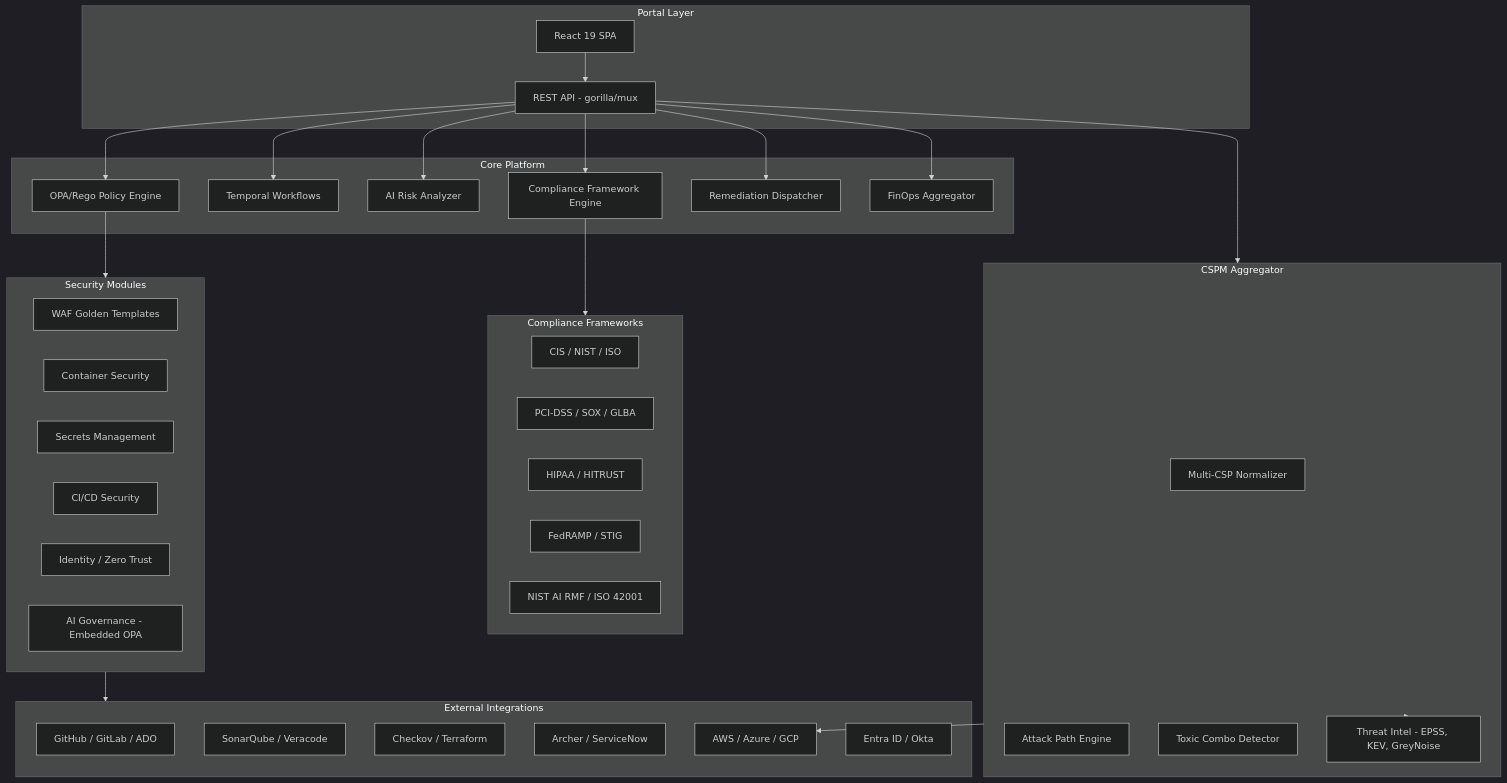
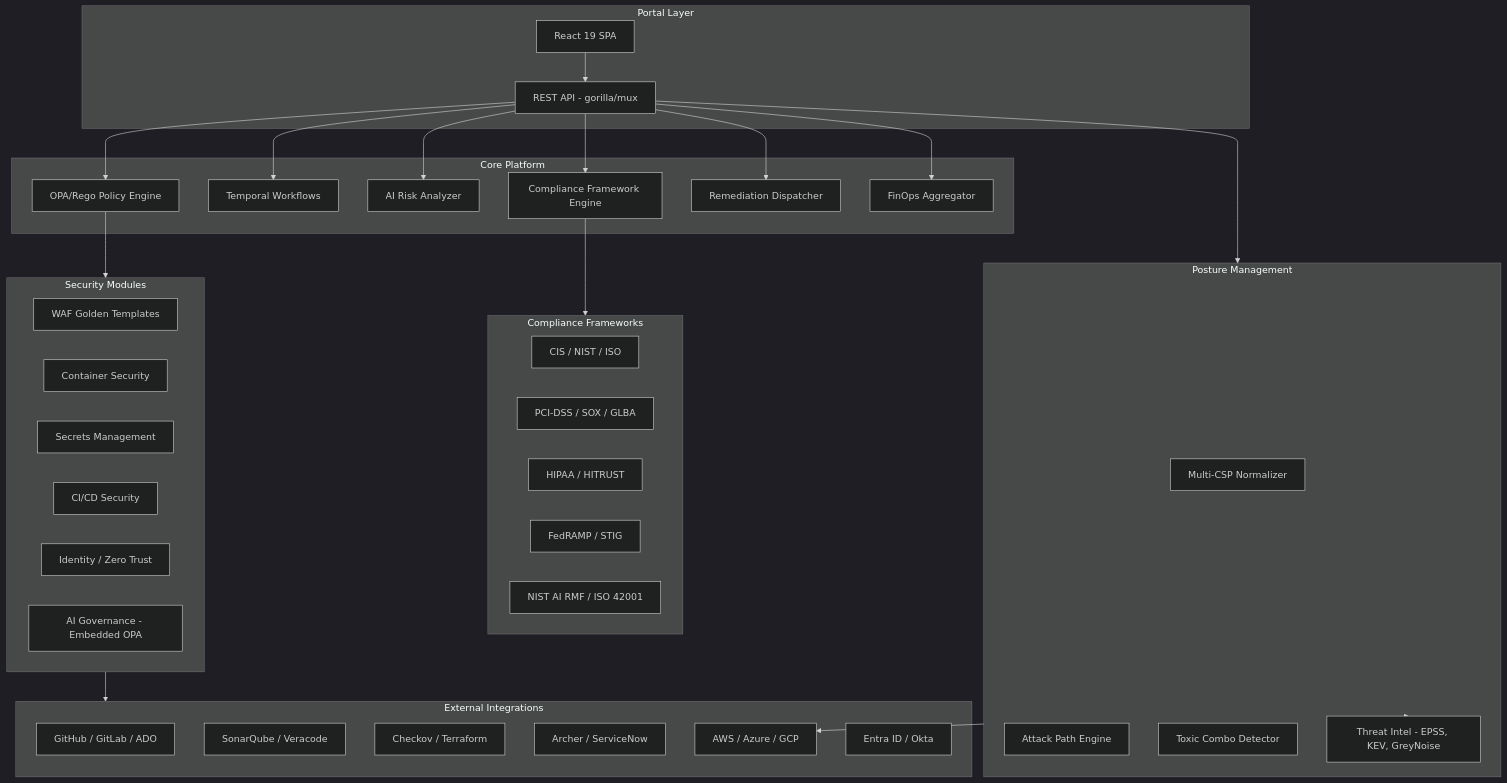
The first of 6 diagrams in docs/core/architecture/HLD.md (lvonguyen/cloudforge), drawn with Mermaid (dark theme) before and after one commit. The commit also changed other lines of this file and 14 other files, not shown here.

First line of the commit message:
docs: refresh stale docs, fix squished diagrams, enrich architecture docs

````diff
--- a/docs/core/architecture/HLD.md
+++ b/docs/core/architecture/HLD.md
@@ -54,64 +54,64 @@
 ```mermaid
 flowchart TB
     subgraph Portal["Portal Layer"]
         UI["React 19 SPA"]
         API["REST API - gorilla/mux"]
     end
 
     subgraph Core["Core Platform"]
         PolicyEngine["OPA/Rego Policy Engine"]
         Orchestration["Temporal Workflows"]
         AIAnalyzer["AI Risk Analyzer"]
         ComplianceEngine["Compliance Framework Engine"]
         RemediationEngine["Remediation Dispatcher"]
         FinOpsEngine["FinOps Aggregator"]
     end
 
-    subgraph CSPM["CSPM Aggregator"]
+    subgraph CSPM["Posture Management"]
         Normalizer["Multi-CSP Normalizer"]
         AttackPath["Attack Path Engine"]
         ToxicCombo["Toxic Combo Detector"]
         ThreatIntel["Threat Intel - EPSS, KEV, GreyNoise"]
     end
 
     subgraph Security["Security Modules"]
         WAF["WAF Golden Templates"]
         ContainerSec["Container Security"]
         SecretsMgmt["Secrets Management"]
         CICD["CI/CD Security"]
         Identity["Identity / Zero Trust"]
         AIGov["AI Governance - Embedded OPA"]
     end
 
     subgraph Integrations["External Integrations"]
         VCS["GitHub / GitLab / ADO"]
         SAST["SonarQube / Veracode"]
         IaC["Checkov / Terraform"]
         GRC["Archer / ServiceNow"]
         Cloud["AWS / Azure / GCP"]
         IdP["Entra ID / Okta"]
     end
 
     subgraph Compliance["Compliance Frameworks"]
         General["CIS / NIST / ISO"]
         Finance["PCI-DSS / SOX / GLBA"]
         Health["HIPAA / HITRUST"]
         Gov["FedRAMP / STIG"]
         AIFramework["NIST AI RMF / ISO 42001"]
     end
 
     UI --> API
     API --> PolicyEngine
     API --> Orchestration
     API --> AIAnalyzer
     API --> ComplianceEngine
     API --> RemediationEngine
     API --> FinOpsEngine
     API --> CSPM
 
     PolicyEngine --> Security
     ComplianceEngine --> Compliance
     Security --> Integrations
     CSPM --> Cloud
     CSPM --> ThreatIntel
 ```
````
